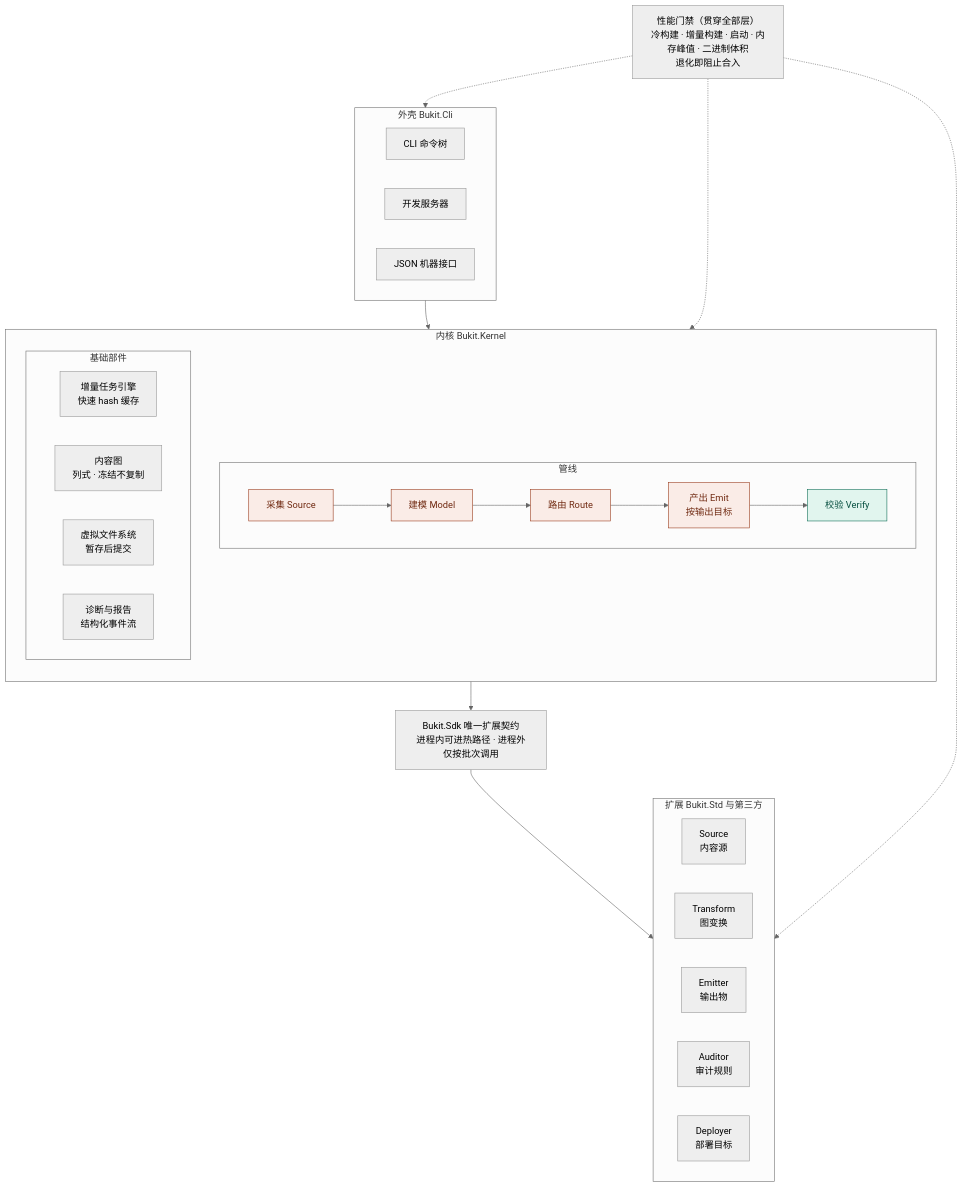
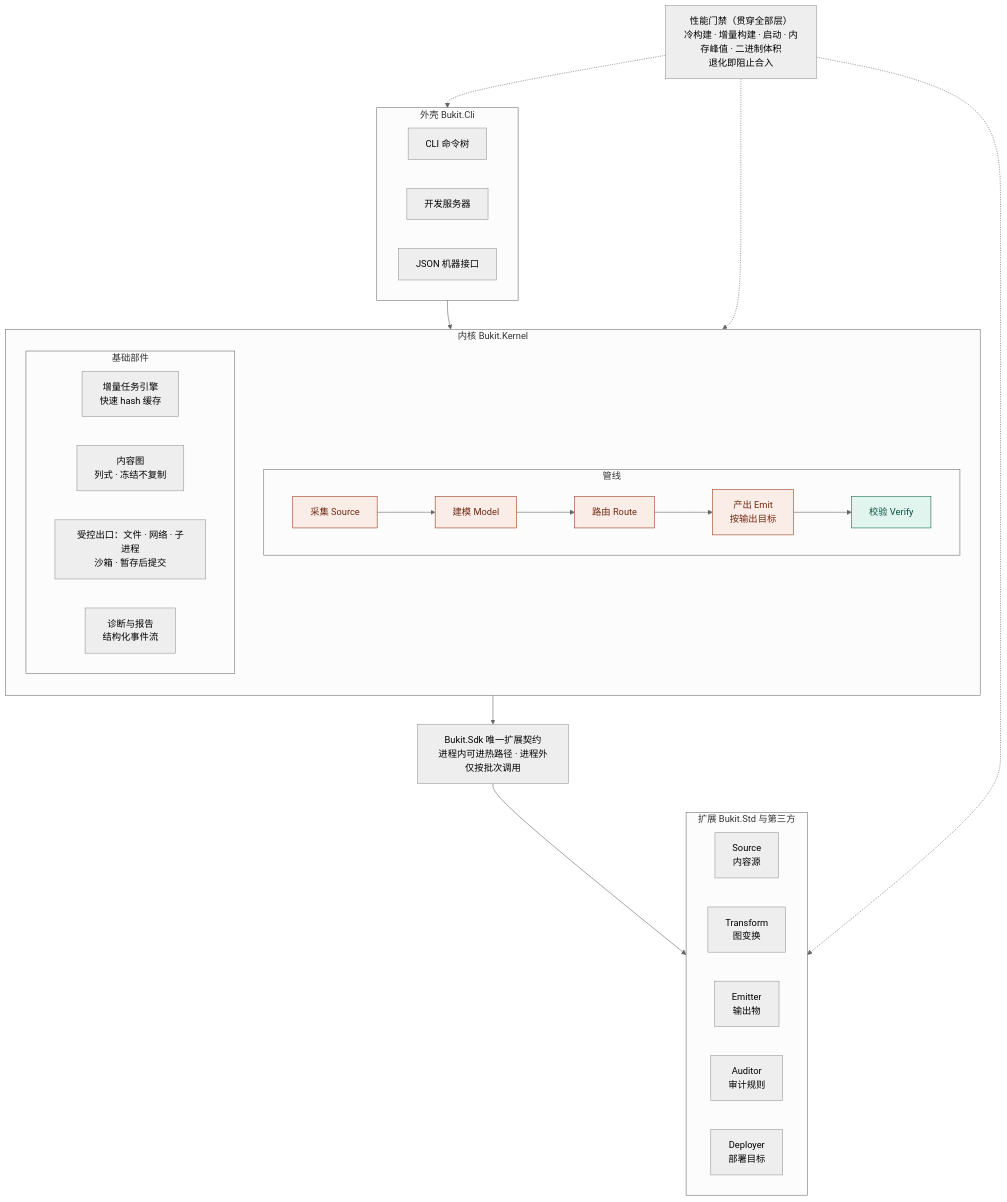
Before and after one commit to ALi365-SDN-BHD/Bukit: the first of 3 diagrams in docs/plans/2026-11-24-bukit-3.0-architecture-design.zh-CN.md, drawn with Mermaid (neutral theme). The commit also changed other lines of this file and 1 other file, not shown here.

````diff
--- a/docs/plans/2026-11-24-bukit-3.0-architecture-design.zh-CN.md
+++ b/docs/plans/2026-11-24-bukit-3.0-architecture-design.zh-CN.md
@@ -63,46 +68,46 @@
 ```mermaid
 flowchart TB
   subgraph Shell["外壳 Bukit.Cli"]
     CLI["CLI 命令树"]
     DEV["开发服务器"]
     API["JSON 机器接口"]
   end
 
   subgraph Kernel["内核 Bukit.Kernel"]
     direction TB
     subgraph Pipeline["管线"]
       direction LR
       S["采集 Source"] --> M["建模 Model"] --> R["路由 Route"] --> E["产出 Emit<br/>按输出目标"] --> V["校验 Verify"]
     end
     subgraph Base["基础部件"]
       direction LR
       ENG["增量任务引擎<br/>快速 hash 缓存"]
       GRAPH["内容图<br/>列式 · 冻结不复制"]
-      VFS["虚拟文件系统<br/>暂存后提交"]
+      VFS["受控出口：文件 · 网络 · 子进程<br/>沙箱 · 暂存后提交"]
       DIAG["诊断与报告<br/>结构化事件流"]
     end
   end
 
   SDK["Bukit.Sdk 唯一扩展契约<br/>进程内可进热路径 · 进程外仅按批次调用"]
 
   subgraph Ext["扩展 Bukit.Std 与第三方"]
     direction LR
     X1["Source<br/>内容源"]
     X2["Transform<br/>图变换"]
     X3["Emitter<br/>输出物"]
     X4["Auditor<br/>审计规则"]
     X5["Deployer<br/>部署目标"]
   end
 
   GATE["性能门禁（贯穿全部层）<br/>冷构建 · 增量构建 · 启动 · 内存峰值 · 二进制体积<br/>退化即阻止合入"]
 
   Shell --> Kernel --> SDK --> Ext
   GATE -.-> Shell
   GATE -.-> Kernel
   GATE -.-> Ext
 
   classDef hot fill:#FAECE7,stroke:#993C1D,color:#712B13
   classDef batch fill:#E1F5EE,stroke:#0F6E56,color:#085041
   class S,M,R,E hot
   class V batch
 ```
````
